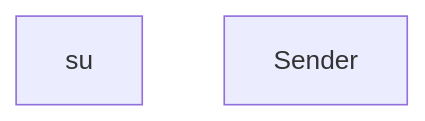
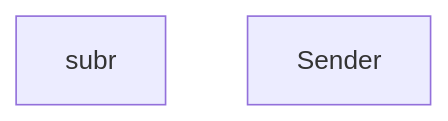
Before and after one commit to googlelxhgithub/iodraw-files: the diagram in all/未命名-7.md, drawn with Mermaid.

Commit message:
2024-08-30 21:43:26 update

````diff
--- a/all/未命名-7.md
+++ b/all/未命名-7.md
@@ -1,6 +1,6 @@
 ```mermaid
 flowchart TB
-    su
+    subr
     S[Sender]
   
 ```
````
